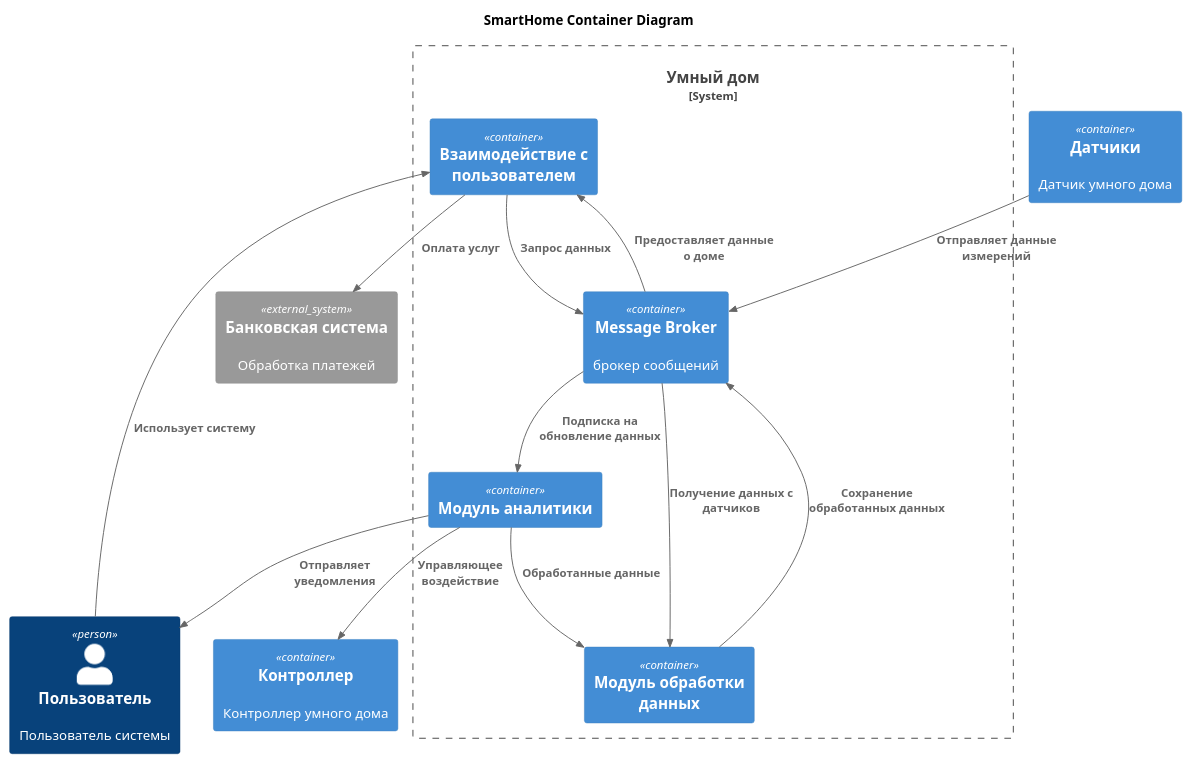
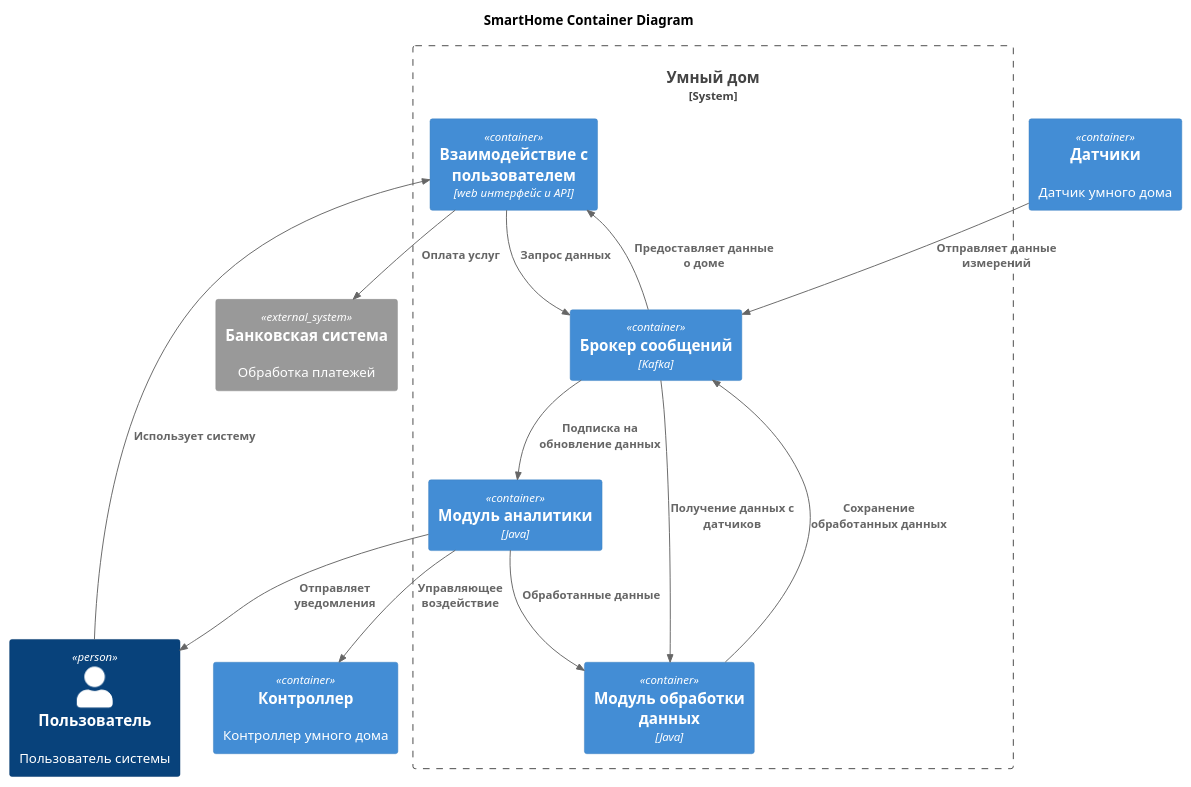
The diagram in smarthome/Container.puml (DmitrySavvin/sprint_3), drawn with PlantUML before and after one commit.

```diff
--- a/smarthome/Container.puml
+++ b/smarthome/Container.puml
@@ -1,47 +1,47 @@
 @startuml
 title SmartHome Container Diagram
 
 top to bottom direction
 
 !include  https://raw.githubusercontent.com/plantuml-stdlib/C4-PlantUML/master/C4_Container.puml
 
 
 'СУЩНОСТИ
 Person(user, "Пользователь", "Пользователь системы")
 Container(device, "Датчики", "", "Датчик умного дома")
 System_Boundary(SmartHomeSystemContainer, "Умный дом") {
-    Container(user_interaction, "Взаимодействие с пользователем", "", "") 
-    Container(kafka, "Message Broker", "", "брокер сообщений")
-    Container(data_processing, "Модуль обработки данных", "", "")
-    Container(analysis, "Модуль аналитики", "", "")
+    Container(user_interaction, "Взаимодействие с пользователем", "web интерфейс и API", "") 
+    Container(kafka, "Брокер сообщений", "Kafka", "")
+    Container(data_processing, "Модуль обработки данных", "Java", "")
+    Container(analysis, "Модуль аналитики", "Java", "")
 }
 
 System_Ext(bank, "Банковская система", "Обработка платежей")
 Container(controller, "Контроллер", "", "Контроллер умного дома")
 
 'СВЯЗИ
 'пользователь
 Rel(user, user_interaction, "Использует систему")
 
 'пользовательское взаимодействие
 Rel(user_interaction, kafka, "Запрос данных")
 Rel(user_interaction, bank, "Оплата услуг")
 
 'kafka
 Rel(kafka, user_interaction, "Предоставляет данные о доме")
 Rel(kafka, data_processing, "Получение данных с датчиков ")
 Rel(kafka, analysis, "Подписка на обновление данных")
 
 
 'датчик
 Rel(device, kafka, "Отправляет данные измерений")
 
 'обработка данных
 Rel(data_processing, kafka, "Сохранение обработанных данных")
 
 'анализ данных
 Rel(analysis, data_processing, "Обработанные данные")
 Rel(analysis, user, "Отправляет уведомления")
 Rel(analysis, controller, "Управляющее воздействие")
 
 @enduml
```
